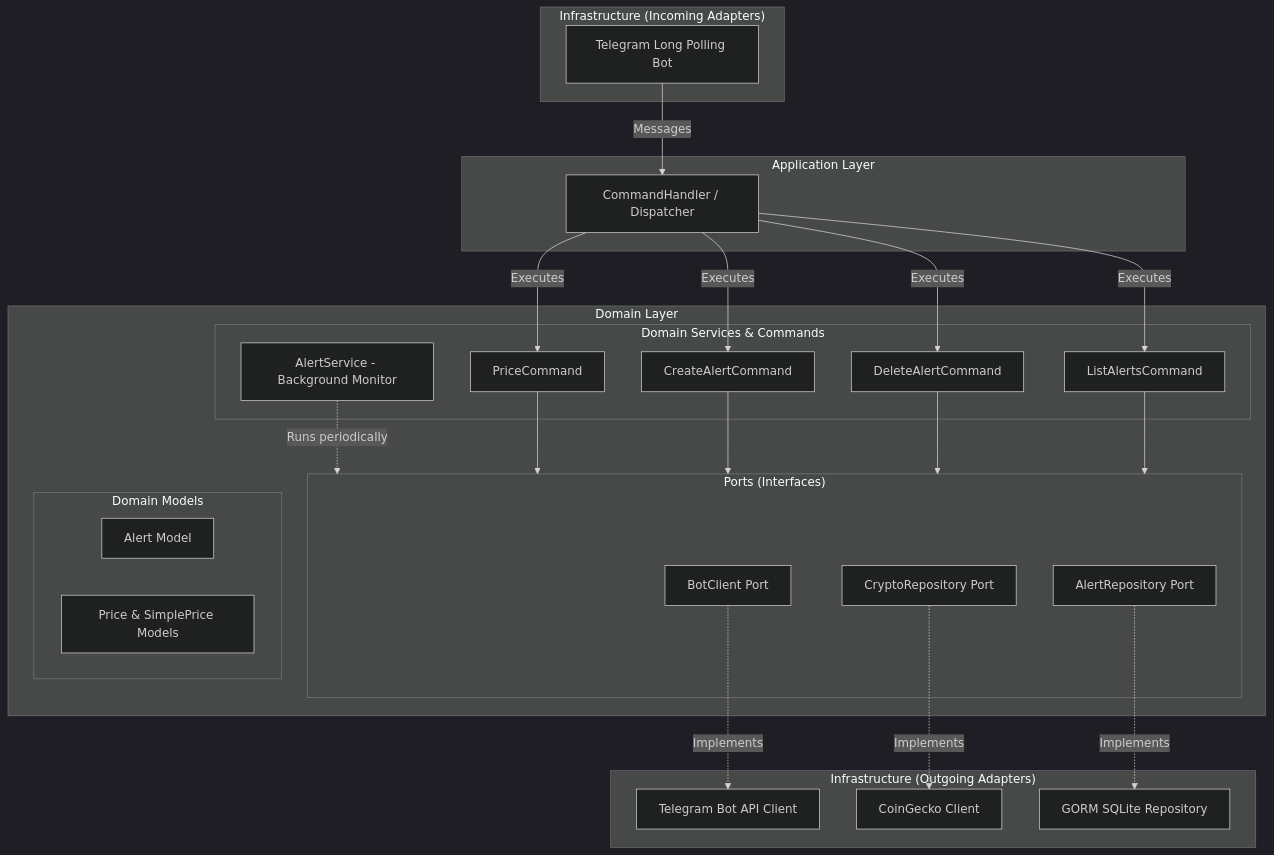
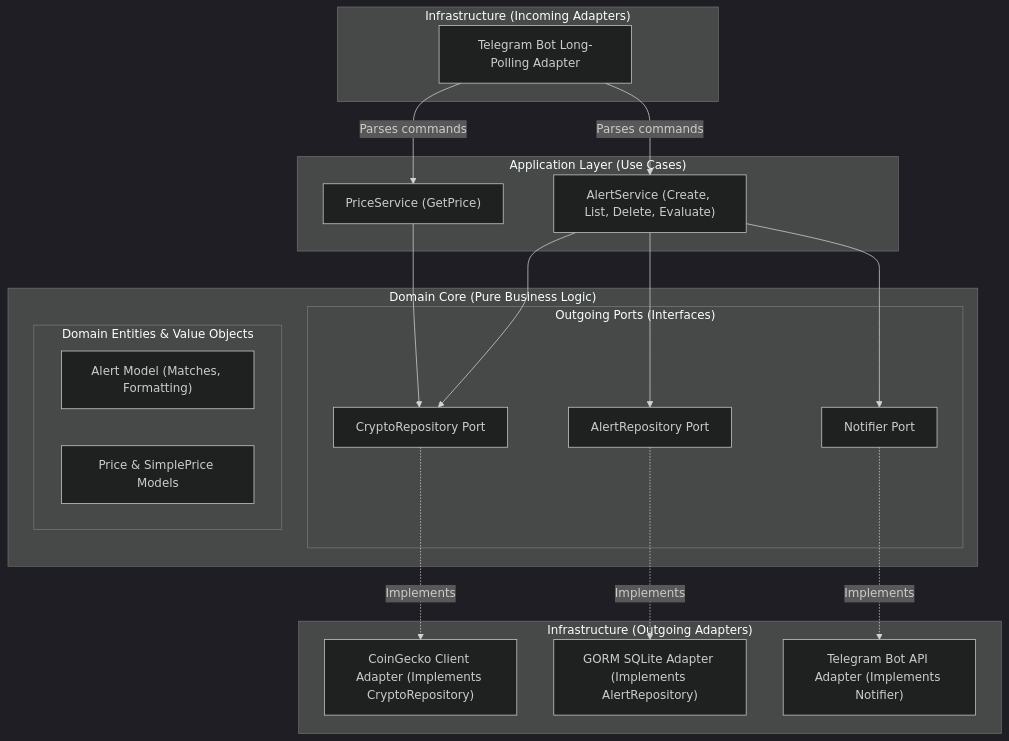
The first of 8 diagrams in README.md (wyveriano/crypto-record-bot), drawn with Mermaid (dark theme) before and after one commit. The commit also changed other lines of this file and 23 other files, not shown here.

Commit message:
refactor: implement pure hexagonal architecture, graceful shutdown, context propagation, and structured logging

````diff
--- a/README.md
+++ b/README.md
@@ -45,51 +46,40 @@
 ```mermaid
 graph TD
     subgraph Infrastructure_In ["Infrastructure (Incoming Adapters)"]
-        TG[Telegram Long Polling Bot]
+        TG["Telegram Bot Long-Polling Adapter"]
     end
 
-    subgraph Application ["Application Layer"]
-        CH[CommandHandler / Dispatcher]
+    subgraph Application ["Application Layer (Use Cases)"]
+        PS["PriceService (GetPrice)"]
+        AS["AlertService (Create, List, Delete, Evaluate)"]
     end
 
-    subgraph Domain ["Domain Layer"]
-        subgraph Ports ["Ports (Interfaces)"]
-            BC[BotClient Port]
-            CR[CryptoRepository Port]
-            AR[AlertRepository Port]
+    subgraph Domain ["Domain Core (Pure Business Logic)"]
+        subgraph Ports ["Outgoing Ports (Interfaces)"]
+            Notifier["Notifier Port"]
+            CryptoRepo["CryptoRepository Port"]
+            AlertRepo["AlertRepository Port"]
         end
-        subgraph Services ["Domain Services & Commands"]
-            PC[PriceCommand]
-            CAC[CreateAlertCommand]
-            DAC[DeleteAlertCommand]
-            LAC[ListAlertsCommand]
-            AS[AlertService - Background Monitor]
-        end
-        subgraph Models ["Domain Models"]
-            Alert[Alert Model]
-            Price[Price & SimplePrice Models]
+        subgraph Models ["Domain Entities & Value Objects"]
+            Alert["Alert Model (Matches, Formatting)"]
+            Price["Price & SimplePrice Models"]
         end
     end
 
     subgraph Infrastructure_Out ["Infrastructure (Outgoing Adapters)"]
-        TGApi[Telegram Bot API Client]
-        Gecko[CoinGecko Client]
-        GORM[GORM SQLite Repository]
+        TGBot["Telegram Bot API Adapter (Implements Notifier)"]
+        GeckoRepo["CoinGecko Client Adapter (Implements CryptoRepository)"]
+        GormRepo["GORM SQLite Adapter (Implements AlertRepository)"]
     end
 
-    TG -->|Messages| CH
-    CH -->|Executes| PC
-    CH -->|Executes| CAC
-    CH -->|Executes| DAC
-    CH -->|Executes| LAC
-    AS -.->|Runs periodically| Ports
+    TG -->|Parses commands| PS
+    TG -->|Parses commands| AS
+    PS --> CryptoRepo
+    AS --> CryptoRepo
+    AS --> AlertRepo
+    AS --> Notifier
 
-    PC --> Ports
-    CAC --> Ports
-    DAC --> Ports
-    LAC --> Ports
-
-    BC -.->|Implements| TGApi
-    CR -.->|Implements| Gecko
-    AR -.->|Implements| GORM
+    Notifier -.->|Implements| TGBot
+    CryptoRepo -.->|Implements| GeckoRepo
+    AlertRepo -.->|Implements| GormRepo
 ```
````
